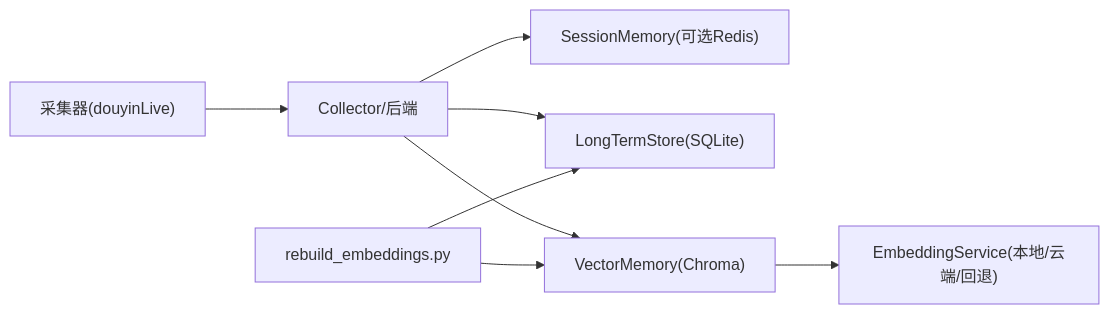
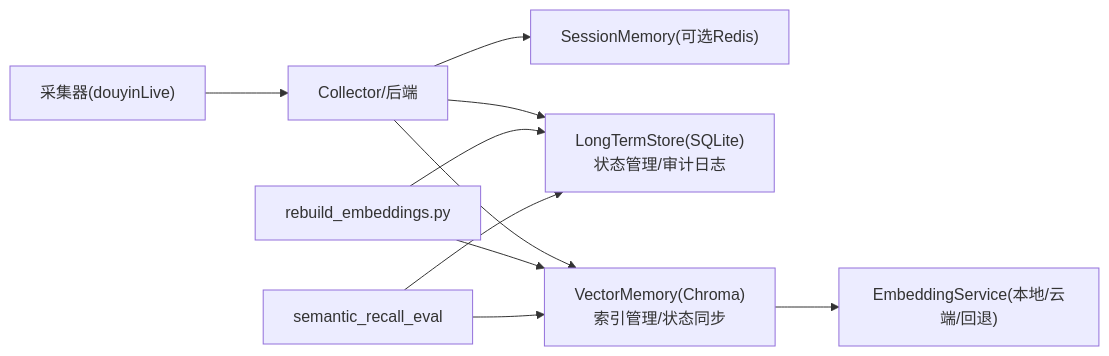
One commit to Moon-Force/DouYin_llm changed the second of 8 diagrams in .qoder/repowiki/zh/content/后端服务/内存管理系统/向量存储管理.md. Above: the diagram before and after it, drawn with Mermaid. The commit also changed other lines of this file and 17 other files, not shown here.

````diff
--- a/.qoder/repowiki/zh/content/后端服务/内存管理系统/向量存储管理.md
+++ b/.qoder/repowiki/zh/content/后端服务/内存管理系统/向量存储管理.md
@@ -116,10 +139,12 @@
 ```mermaid
 graph LR
 A["采集器(douyinLive)"] --> B["Collector/后端"]
 B --> C["SessionMemory(可选Redis)"]
-B --> D["LongTermStore(SQLite)"]
-B --> E["VectorMemory(Chroma)"]
+B --> D["LongTermStore(SQLite)<br/>状态管理/审计日志"]
+B --> E["VectorMemory(Chroma)<br/>索引管理/状态同步"]
 E --> F["EmbeddingService(本地/云端/回退)"]
 G["rebuild_embeddings.py"] --> E
 G --> D
+H["semantic_recall_eval"] --> E
+H --> D
 ```
````
